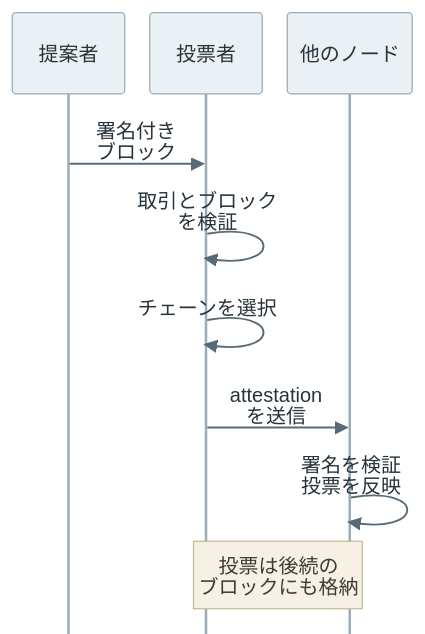
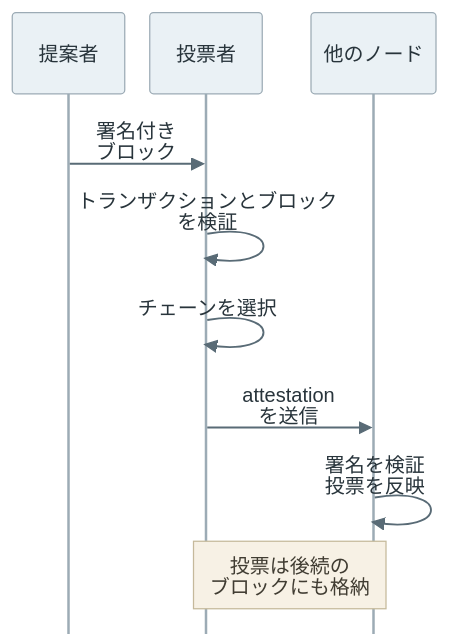
One commit to nao1215/debimate changed the first of 2 diagrams in content/notes/blockchain-systems/proof-of-stake/index.md. Above: the diagram before and after it, drawn with Mermaid. The commit also changed other lines of this file and 129 other files, not shown here.

````diff
--- a/content/notes/blockchain-systems/proof-of-stake/index.md
+++ b/content/notes/blockchain-systems/proof-of-stake/index.md
@@ -68,13 +68,13 @@
 ```mermaid
 %%{init: {"theme":"base","sequence":{"actorMargin":20,"width":90,"diagramMarginX":5,"boxMargin":5,"mirrorActors":false},"themeVariables":{"actorBkg":"#eaf1f5","actorBorder":"#9cabb5","actorTextColor":"#28343b","actorLineColor":"#9cabb5","signalColor":"#596b76","signalTextColor":"#28343b","noteBkgColor":"#f7f1e5","noteBorderColor":"#c5b99b","noteTextColor":"#403c32","fontSize":"16px"}}}%%
 sequenceDiagram
     participant P as 提案者
     participant V as 投票者
     participant N as 他のノード
     P->>V: 署名付き<br/>ブロック
-    V->>V: 取引とブロック<br/>を検証
+    V->>V: トランザクションとブロック<br/>を検証
     V->>V: チェーンを選択
     V->>N: attestation<br/>を送信
     N->>N: 署名を検証<br/>投票を反映
     Note over V,N: 投票は後続の<br/>ブロックにも格納
 ```
````
